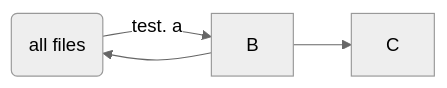
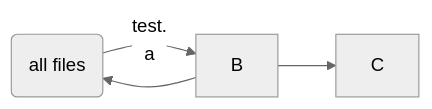
Before and after one commit to plchagnon/Lonicera---Coralie: the second of 2 diagrams in README.md, drawn with Mermaid (neutral theme).

````diff
--- a/README.md
+++ b/README.md
@@ -80,5 +80,5 @@
 ```mermaid
 flowchart LR
-a(all files)-- test. a -->B
+a(all files)-- test. <br> a -->B
 B-->C & a
 ```
````
